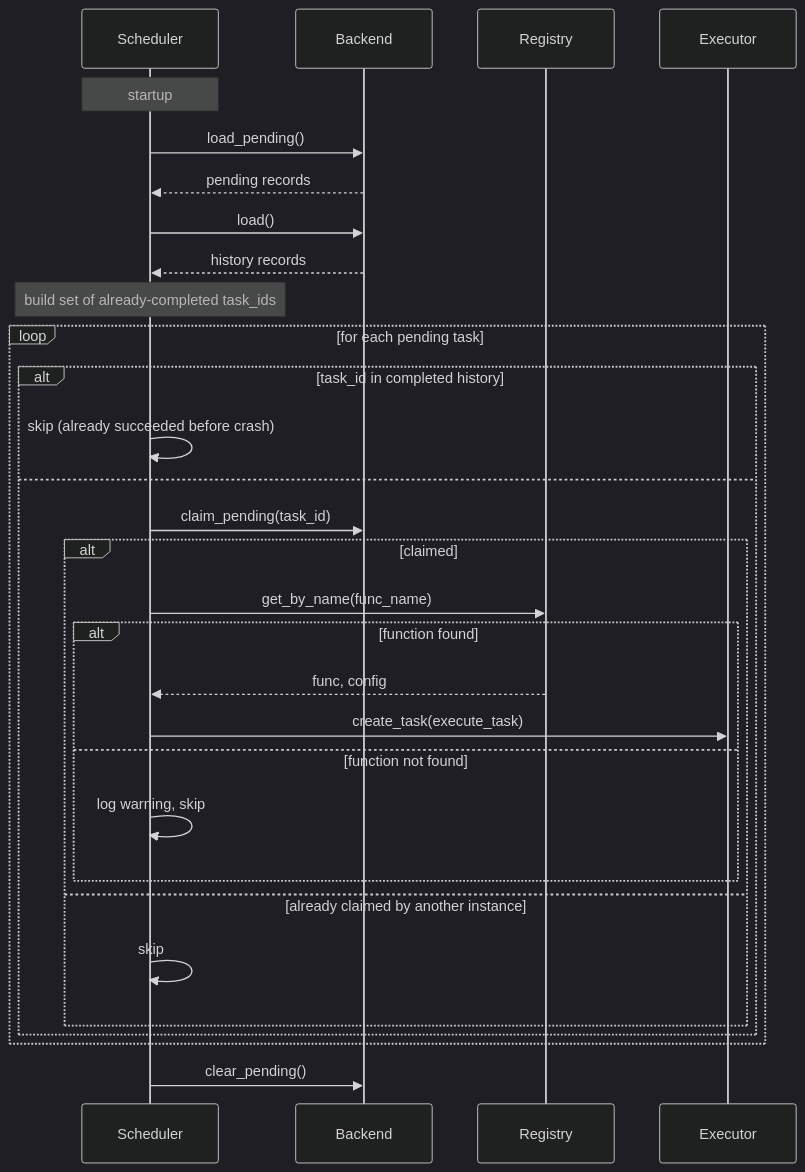
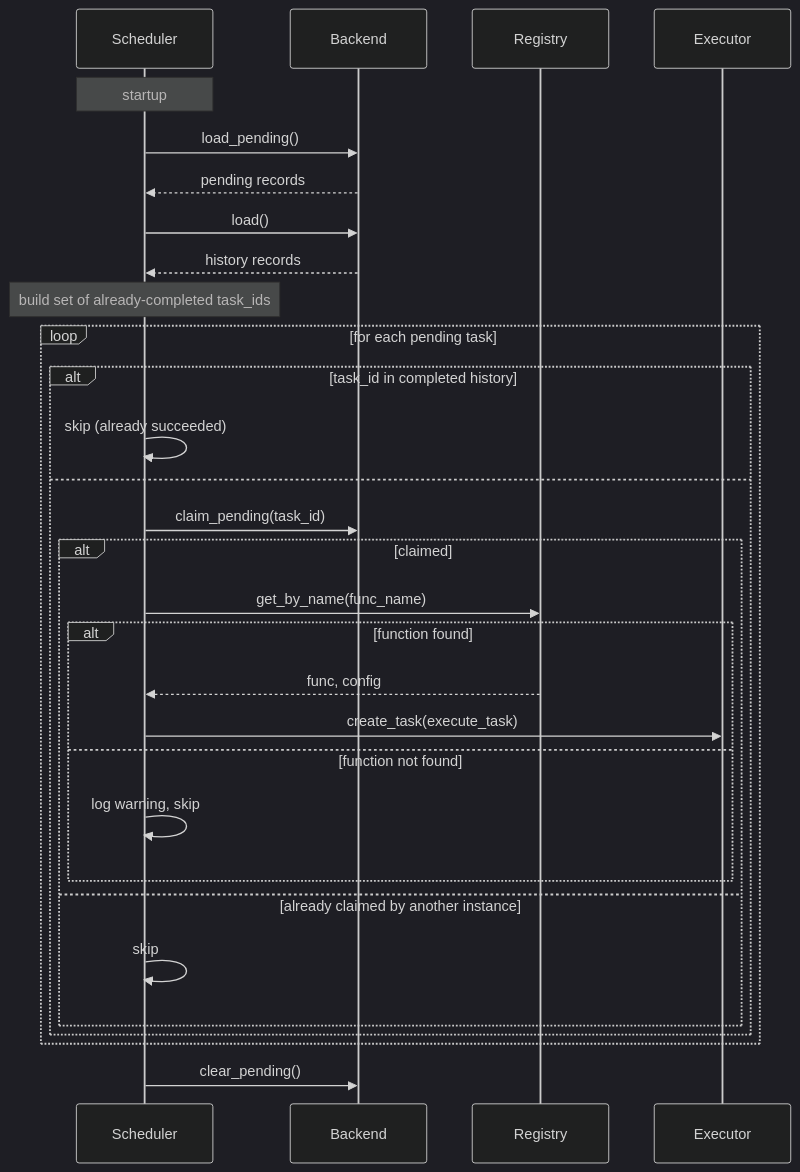
The diagram in docs/guide/requeue.md (Attakay78/fastapi-taskflow), drawn with Mermaid (dark theme) before and after one commit. The commit also changed other lines of this file and 10 other files, not shown here.

````diff
--- a/docs/guide/requeue.md
+++ b/docs/guide/requeue.md
@@ -87,35 +98,35 @@
 ```mermaid
 sequenceDiagram
     participant Scheduler
     participant Backend
     participant Registry
     participant Executor
 
     Note over Scheduler: startup
     Scheduler->>Backend: load_pending()
     Backend-->>Scheduler: pending records
     Scheduler->>Backend: load()
     Backend-->>Scheduler: history records
     Note over Scheduler: build set of already-completed task_ids
 
     loop for each pending task
         alt task_id in completed history
-            Scheduler->>Scheduler: skip (already succeeded before crash)
+            Scheduler->>Scheduler: skip (already succeeded)
         else
             Scheduler->>Backend: claim_pending(task_id)
             alt claimed
                 Scheduler->>Registry: get_by_name(func_name)
                 alt function found
                     Registry-->>Scheduler: func, config
                     Scheduler->>Executor: create_task(execute_task)
                 else function not found
                     Scheduler->>Scheduler: log warning, skip
                 end
             else already claimed by another instance
                 Scheduler->>Scheduler: skip
             end
         end
     end
 
     Scheduler->>Backend: clear_pending()
 ```
````
